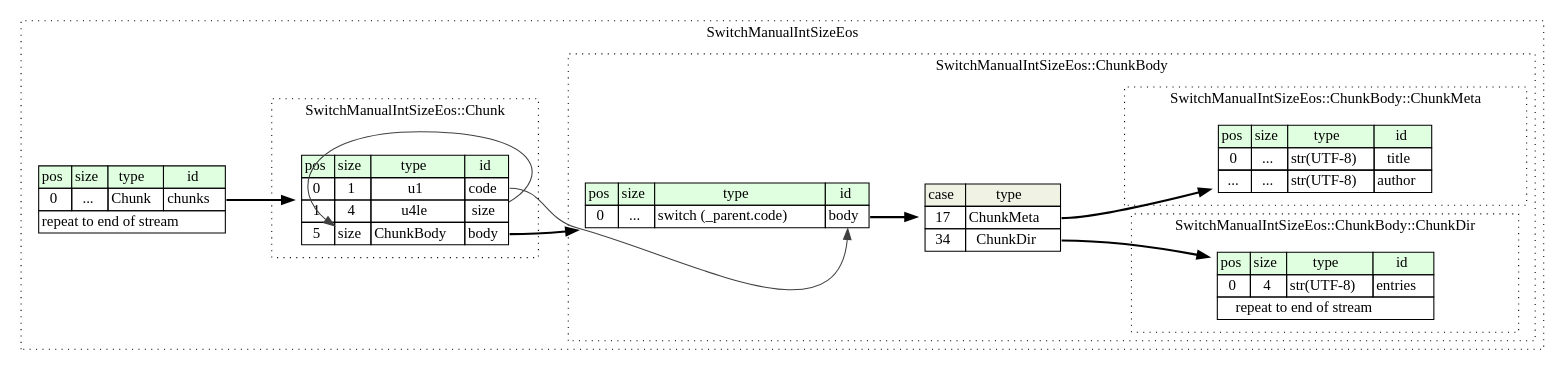
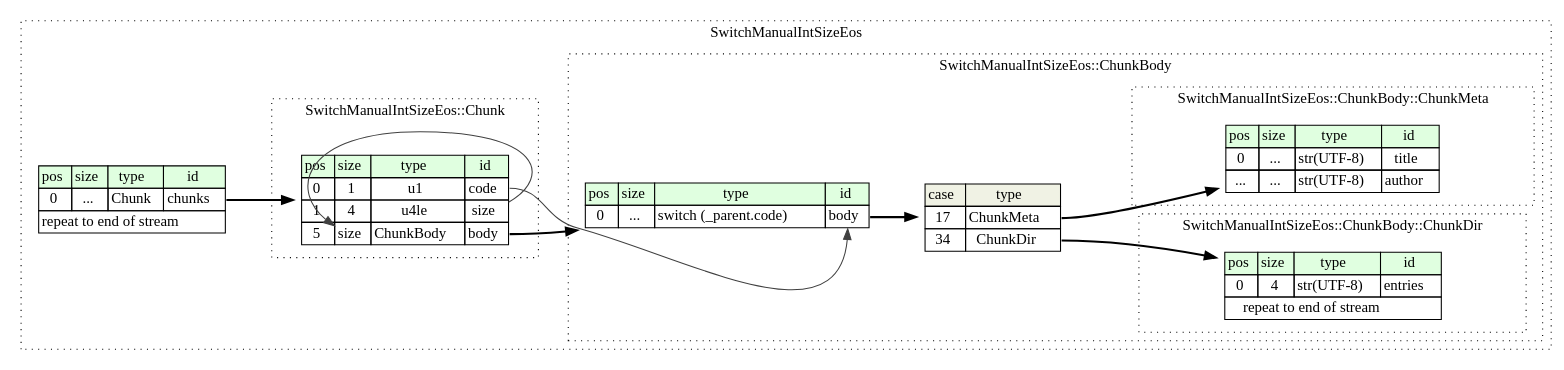
The diagram in compiled/graphviz/switch_manual_int_size_eos.dot (kaitai-io/ci_targets), drawn with Graphviz before and after one commit. The commit also changed other lines of this file and 978 other files, not shown here.

```diff
--- a/compiled/graphviz/switch_manual_int_size_eos.dot
+++ b/compiled/graphviz/switch_manual_int_size_eos.dot
@@ -1,66 +1,66 @@
 digraph {
 	rankdir=LR;
 	node [shape=plaintext];
 	subgraph cluster__switch_manual_int_size_eos {
 		label="SwitchManualIntSizeEos";
 		graph[style=dotted];
 
 		switch_manual_int_size_eos__seq [label=<<TABLE BORDER="0" CELLBORDER="1" CELLSPACING="0">
 			<TR><TD BGCOLOR="#E0FFE0">pos</TD><TD BGCOLOR="#E0FFE0">size</TD><TD BGCOLOR="#E0FFE0">type</TD><TD BGCOLOR="#E0FFE0">id</TD></TR>
 			<TR><TD PORT="chunks_pos">0</TD><TD PORT="chunks_size">...</TD><TD>Chunk</TD><TD PORT="chunks_type">chunks</TD></TR>
 			<TR><TD COLSPAN="4" PORT="chunks__repeat">repeat to end of stream</TD></TR>
 		</TABLE>>];
 		subgraph cluster__chunk {
 			label="SwitchManualIntSizeEos::Chunk";
 			graph[style=dotted];
 
 			chunk__seq [label=<<TABLE BORDER="0" CELLBORDER="1" CELLSPACING="0">
 				<TR><TD BGCOLOR="#E0FFE0">pos</TD><TD BGCOLOR="#E0FFE0">size</TD><TD BGCOLOR="#E0FFE0">type</TD><TD BGCOLOR="#E0FFE0">id</TD></TR>
 				<TR><TD PORT="code_pos">0</TD><TD PORT="code_size">1</TD><TD>u1</TD><TD PORT="code_type">code</TD></TR>
 				<TR><TD PORT="size_pos">1</TD><TD PORT="size_size">4</TD><TD>u4le</TD><TD PORT="size_type">size</TD></TR>
 				<TR><TD PORT="body_pos">5</TD><TD PORT="body_size">size</TD><TD>ChunkBody</TD><TD PORT="body_type">body</TD></TR>
 			</TABLE>>];
 		}
 		subgraph cluster__chunk_body {
 			label="SwitchManualIntSizeEos::ChunkBody";
 			graph[style=dotted];
 
 			chunk_body__seq [label=<<TABLE BORDER="0" CELLBORDER="1" CELLSPACING="0">
 				<TR><TD BGCOLOR="#E0FFE0">pos</TD><TD BGCOLOR="#E0FFE0">size</TD><TD BGCOLOR="#E0FFE0">type</TD><TD BGCOLOR="#E0FFE0">id</TD></TR>
 				<TR><TD PORT="body_pos">0</TD><TD PORT="body_size">...</TD><TD>switch (_parent.code)</TD><TD PORT="body_type">body</TD></TR>
 			</TABLE>>];
 chunk_body__seq_body_switch [label=<<TABLE BORDER="0" CELLBORDER="1" CELLSPACING="0">
 	<TR><TD BGCOLOR="#F0F2E4">case</TD><TD BGCOLOR="#F0F2E4">type</TD></TR>
 	<TR><TD>17</TD><TD PORT="case0">ChunkMeta</TD></TR>
 	<TR><TD>34</TD><TD PORT="case1">ChunkDir</TD></TR>
 </TABLE>>];
+			subgraph cluster__chunk_dir {
+				label="SwitchManualIntSizeEos::ChunkBody::ChunkDir";
+				graph[style=dotted];
+
+				chunk_dir__seq [label=<<TABLE BORDER="0" CELLBORDER="1" CELLSPACING="0">
+					<TR><TD BGCOLOR="#E0FFE0">pos</TD><TD BGCOLOR="#E0FFE0">size</TD><TD BGCOLOR="#E0FFE0">type</TD><TD BGCOLOR="#E0FFE0">id</TD></TR>
+					<TR><TD PORT="entries_pos">0</TD><TD PORT="entries_size">4</TD><TD>str(UTF-8)</TD><TD PORT="entries_type">entries</TD></TR>
+					<TR><TD COLSPAN="4" PORT="entries__repeat">repeat to end of stream</TD></TR>
+				</TABLE>>];
+			}
 			subgraph cluster__chunk_meta {
 				label="SwitchManualIntSizeEos::ChunkBody::ChunkMeta";
 				graph[style=dotted];
 
 				chunk_meta__seq [label=<<TABLE BORDER="0" CELLBORDER="1" CELLSPACING="0">
 					<TR><TD BGCOLOR="#E0FFE0">pos</TD><TD BGCOLOR="#E0FFE0">size</TD><TD BGCOLOR="#E0FFE0">type</TD><TD BGCOLOR="#E0FFE0">id</TD></TR>
 					<TR><TD PORT="title_pos">0</TD><TD PORT="title_size">...</TD><TD>str(UTF-8)</TD><TD PORT="title_type">title</TD></TR>
 					<TR><TD PORT="author_pos">...</TD><TD PORT="author_size">...</TD><TD>str(UTF-8)</TD><TD PORT="author_type">author</TD></TR>
-				</TABLE>>];
-			}
-			subgraph cluster__chunk_dir {
-				label="SwitchManualIntSizeEos::ChunkBody::ChunkDir";
-				graph[style=dotted];
-
-				chunk_dir__seq [label=<<TABLE BORDER="0" CELLBORDER="1" CELLSPACING="0">
-					<TR><TD BGCOLOR="#E0FFE0">pos</TD><TD BGCOLOR="#E0FFE0">size</TD><TD BGCOLOR="#E0FFE0">type</TD><TD BGCOLOR="#E0FFE0">id</TD></TR>
-					<TR><TD PORT="entries_pos">0</TD><TD PORT="entries_size">4</TD><TD>str(UTF-8)</TD><TD PORT="entries_type">entries</TD></TR>
-					<TR><TD COLSPAN="4" PORT="entries__repeat">repeat to end of stream</TD></TR>
 				</TABLE>>];
 			}
 		}
 	}
 	switch_manual_int_size_eos__seq:chunks_type -> chunk__seq [style=bold];
 	chunk__seq:size_type -> chunk__seq:body_size [color="#404040"];
 	chunk__seq:body_type -> chunk_body__seq [style=bold];
 	chunk_body__seq:body_type -> chunk_body__seq_body_switch [style=bold];
 	chunk_body__seq_body_switch:case0 -> chunk_meta__seq [style=bold];
 	chunk_body__seq_body_switch:case1 -> chunk_dir__seq [style=bold];
 	chunk__seq:code_type -> chunk_body__seq:body_type [color="#404040"];
 }
```
